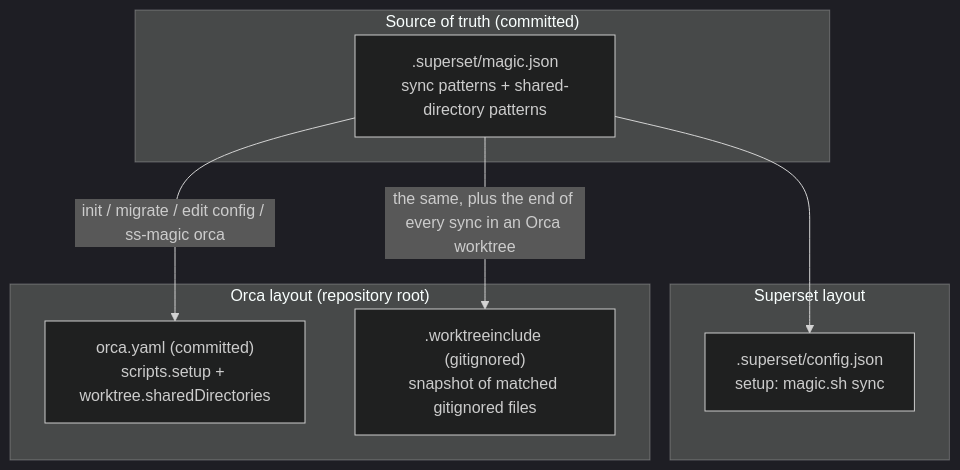
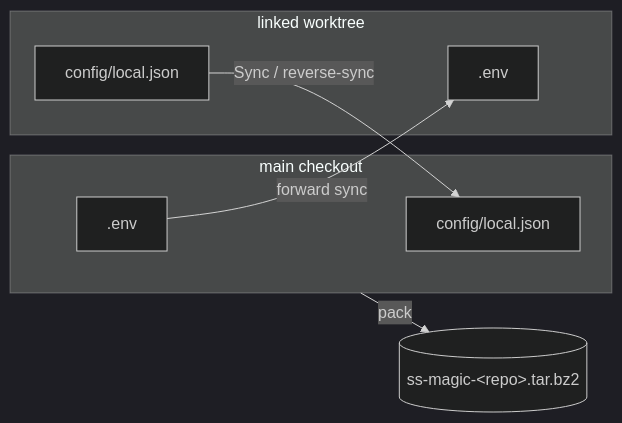
The diagram in README.md (ViktorStiskala/superset-magic), drawn with Mermaid (dark theme) before and after one commit. The commit also changed other lines of this file and 16 other files, not shown here.

````diff
--- a/README.md
+++ b/README.md
@@ -106,16 +41,14 @@
 ```mermaid
-flowchart TB
-  subgraph src["Source of truth (committed)"]
-    mj[".superset/magic.json<br/>sync patterns + shared-directory patterns"]
+flowchart LR
+  subgraph main["main checkout"]
+    m1[".env"]
+    m2["config/local.json"]
   end
-  subgraph superset["Superset layout"]
-    cj[".superset/config.json<br/>setup: magic.sh sync"]
+  subgraph wt["linked worktree"]
+    w1[".env"]
+    w2["config/local.json"]
   end
-  subgraph orca["Orca layout (repository root)"]
-    oy["orca.yaml (committed)<br/>scripts.setup + worktree.sharedDirectories"]
-    wi[".worktreeinclude (gitignored)<br/>snapshot of matched gitignored files"]
-  end
-  mj --> cj
-  mj -->|init / migrate / edit config / ss-magic orca| oy
-  mj -->|the same, plus the end of every sync in an Orca worktree| wi
+  m1 -- "forward sync" --> w1
+  w2 -- "Sync / reverse-sync" --> m2
+  main -- "pack" --> tar[("ss-magic-#lt;repo#gt;.tar.bz2")]
 ```
````
